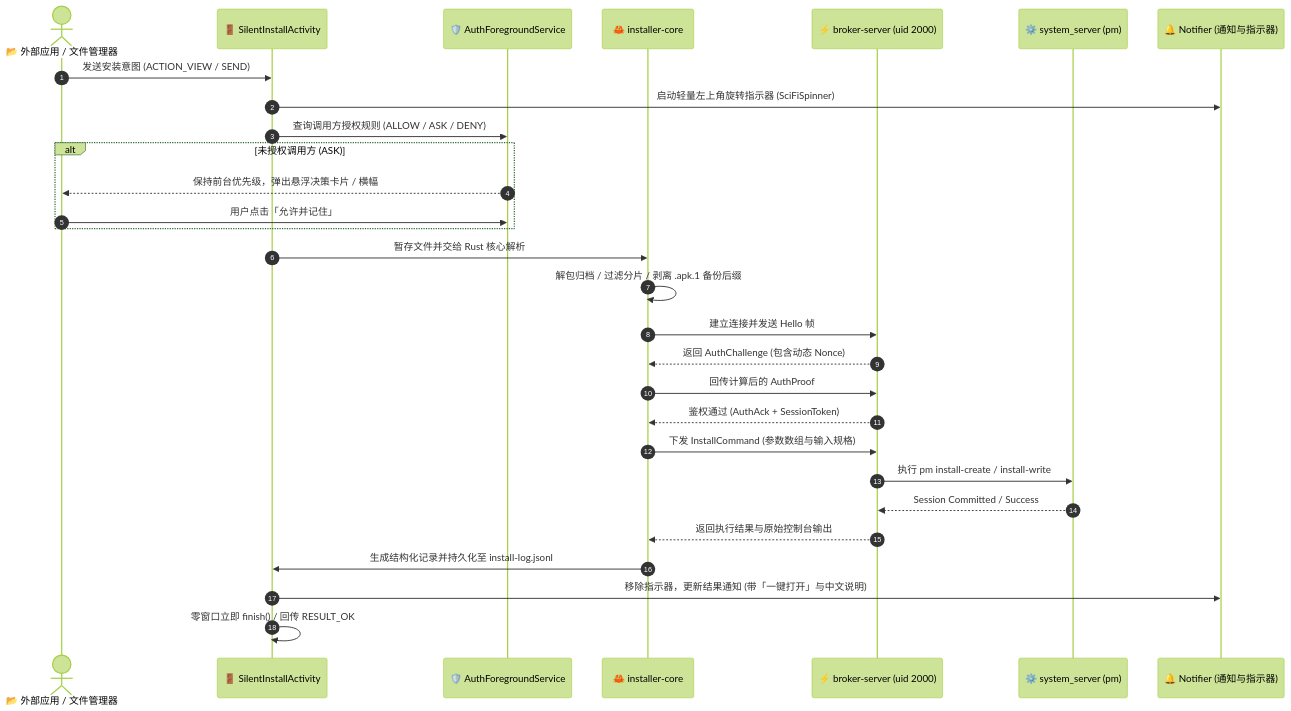
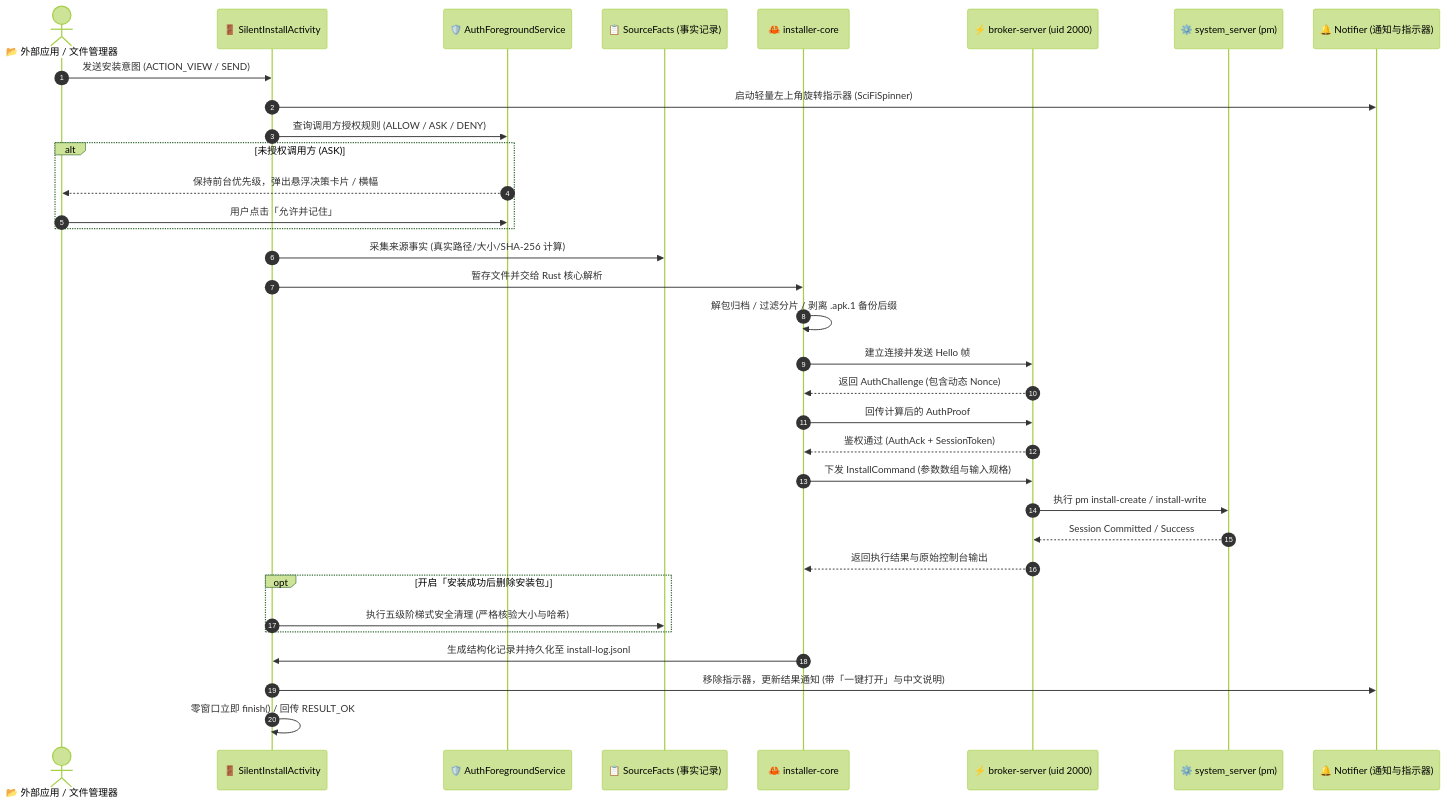
One commit to LianXia233/android-privilege-broker changed the fourth of 5 diagrams in README.md. Above: the diagram before and after it, drawn with Mermaid (forest theme). The commit also changed other lines of this file and 1 other file, not shown here.

````diff
--- a/README.md
+++ b/README.md
@@ -233,36 +330,42 @@
 ```mermaid
 sequenceDiagram
     autonumber
     actor Caller as 📂 外部应用 / 文件管理器
     participant Entry as 🚪 SilentInstallActivity
     participant Auth as 🛡️ AuthForegroundService
+    participant Facts as 📋 SourceFacts (事实记录)
     participant Rust as 🦀 installer-core
     participant Broker as ⚡ broker-server (uid 2000)
     participant PM as ⚙️ system_server (pm)
     participant UI as 🔔 Notifier (通知与指示器)
 
     Caller->>Entry: 发送安装意图 (ACTION_VIEW / SEND)
     Entry->>UI: 启动轻量左上角旋转指示器 (SciFiSpinner)
     Entry->>Auth: 查询调用方授权规则 (ALLOW / ASK / DENY)
     
     alt 未授权调用方 (ASK)
         Auth-->>Caller: 保持前台优先级，弹出悬浮决策卡片 / 横幅
         Caller->>Auth: 用户点击「允许并记住」
     end
 
+    Entry->>Facts: 采集来源事实 (真实路径/大小/SHA-256 计算)
     Entry->>Rust: 暂存文件并交给 Rust 核心解析
     Rust->>Rust: 解包归档 / 过滤分片 / 剥离 .apk.1 备份后缀
     Rust->>Broker: 建立连接并发送 Hello 帧
     Broker-->>Rust: 返回 AuthChallenge (包含动态 Nonce)
     Rust->>Broker: 回传计算后的 AuthProof
     Broker-->>Rust: 鉴权通过 (AuthAck + SessionToken)
     
     Rust->>Broker: 下发 InstallCommand (参数数组与输入规格)
     Broker->>PM: 执行 pm install-create / install-write
     PM-->>Broker: Session Committed / Success
     Broker-->>Rust: 返回执行结果与原始控制台输出
     
+    opt 开启「安装成功后删除安装包」
+        Entry->>Facts: 执行五级阶梯式安全清理 (严格核验大小与哈希)
+    end
+
     Rust->>Entry: 生成结构化记录并持久化至 install-log.jsonl
     Entry->>UI: 移除指示器，更新结果通知 (带「一键打开」与中文说明)
     Entry->>Entry: 零窗口立即 finish() / 回传 RESULT_OK
 ```
````
